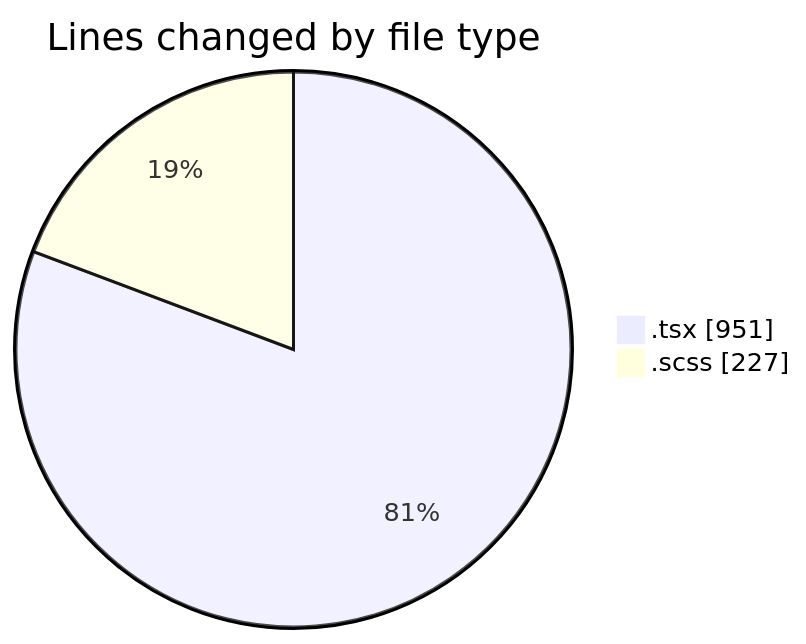
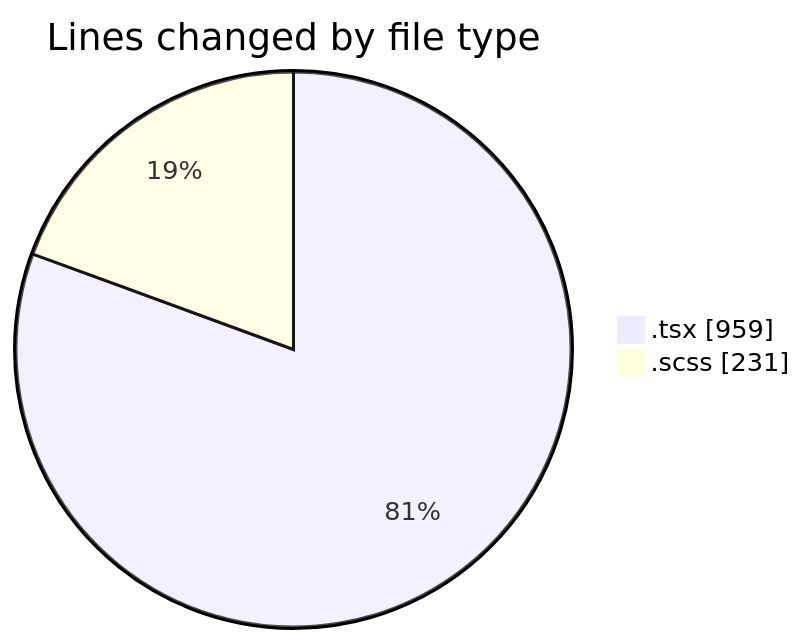
Before and after one commit to momahboobian/code-tracking: the first of 2 diagrams in 2025-07-03/cda/README.md, drawn with Mermaid. The commit also changed other lines of this file and 1 other file, not shown here.

````diff
--- a/2025-07-03/cda/README.md
+++ b/2025-07-03/cda/README.md
@@ -25,6 +25,6 @@
 ```mermaid
 pie showData
 title Lines changed by file type
-".tsx" : 951
-".scss" : 227
+".tsx" : 959
+".scss" : 231
 ```
````
